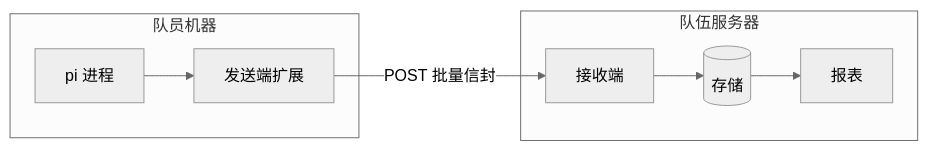
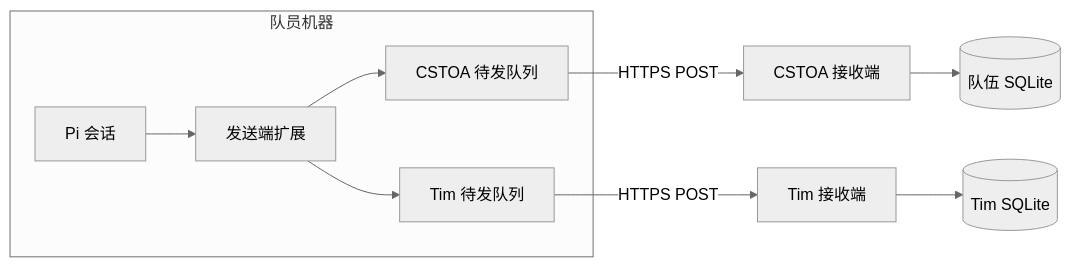
One commit to SCAU-Computer-Serving-Team/cst-pilot changed the diagram in doc/telemetry/architecture.md. Above: the diagram before and after it, drawn with Mermaid (neutral theme). The commit also changed other lines of this file and 43 other files, not shown here.

````diff
--- a/doc/telemetry/architecture.md
+++ b/doc/telemetry/architecture.md
@@ -18,15 +13,12 @@
 ```mermaid
 flowchart LR
     subgraph member[队员机器]
-        pi[pi 进程]
-        sender[发送端扩展]
-        pi --> sender
+        pi[Pi 会话] --> sender[发送端扩展]
+        sender --> oaQueue[CSTOA 待发队列]
+        sender --> timQueue[Tim 待发队列]
     end
-    subgraph server[队伍服务器]
-        receiver[接收端]
-        store[(存储)]
-        report[报表]
-        receiver --> store --> report
-    end
-    sender -- "POST 批量信封" --> receiver
+    oaQueue -- HTTPS POST --> oa[CSTOA 接收端]
+    timQueue -- HTTPS POST --> tim[Tim 接收端]
+    oa --> oaDB[(队伍 SQLite)]
+    tim --> timDB[(Tim SQLite)]
 ```
````
